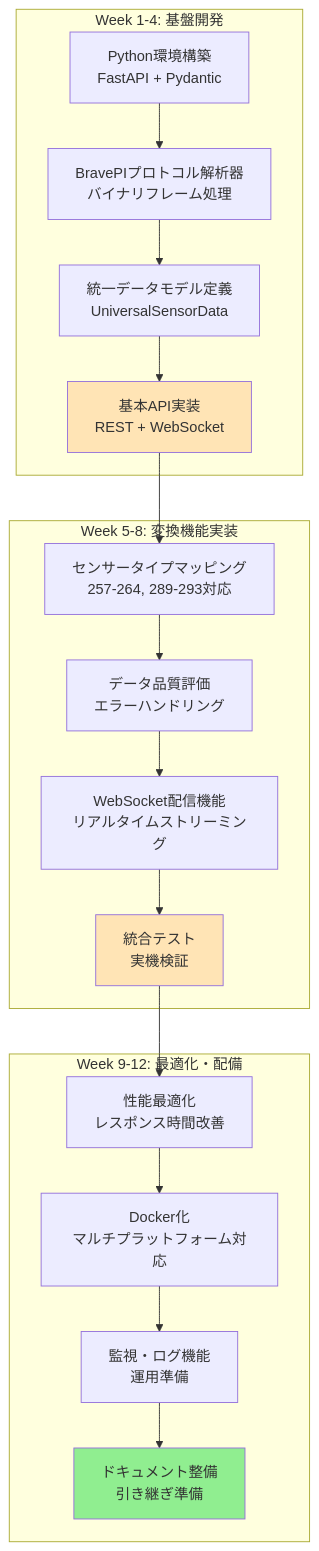
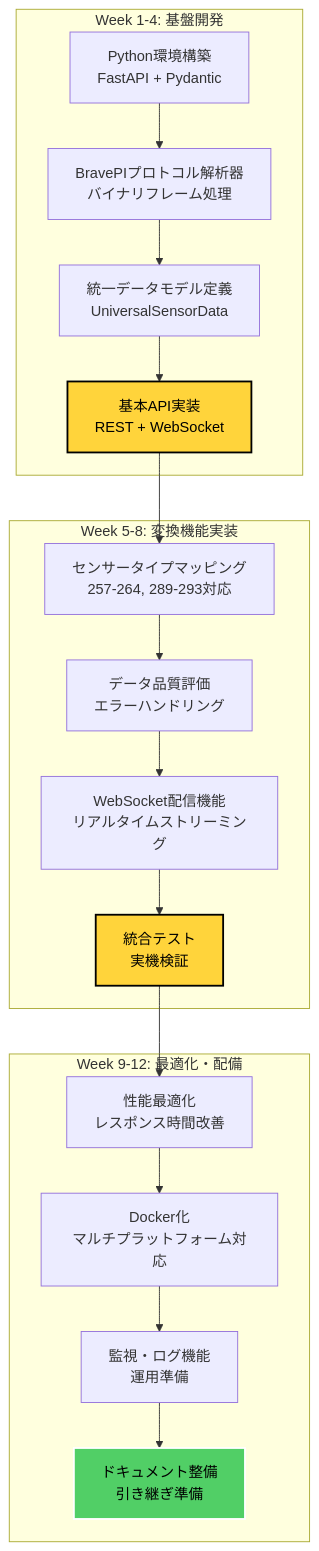
One commit to w-pinkietech/iot4-copy changed diagram 11 of 14 in docs/new-system/architecture/system-overview-diagrams.md. Above: the diagram before and after it, drawn with Mermaid. The commit also changed other lines of this file, not shown here.

First line of the commit message:
docs: Fix Mermaid syntax and improve dark mode colors in system diagrams

````diff
--- a/docs/new-system/architecture/system-overview-diagrams.md
+++ b/docs/new-system/architecture/system-overview-diagrams.md
@@ -388,31 +388,31 @@
 ```mermaid
 graph TB
     subgraph "Week 1-4: 基盤開発"
         W1[Python環境構築<br/>FastAPI + Pydantic]
         W2[BravePIプロトコル解析器<br/>バイナリフレーム処理]
         W3[統一データモデル定義<br/>UniversalSensorData]
         W4[基本API実装<br/>REST + WebSocket]
     end
     
     subgraph "Week 5-8: 変換機能実装"
         W5[センサータイプマッピング<br/>257-264, 289-293対応]
         W6[データ品質評価<br/>エラーハンドリング]
         W7[WebSocket配信機能<br/>リアルタイムストリーミング]
         W8[統合テスト<br/>実機検証]
     end
     
     subgraph "Week 9-12: 最適化・配備"
         W9[性能最適化<br/>レスポンス時間改善]
         W10[Docker化<br/>マルチプラットフォーム対応]
         W11[監視・ログ機能<br/>運用準備]
         W12[ドキュメント整備<br/>引き継ぎ準備]
     end
     
     W1 --> W2 --> W3 --> W4
     W4 --> W5 --> W6 --> W7 --> W8
     W8 --> W9 --> W10 --> W11 --> W12
     
-    style W4 fill:#FFE4B5
-    style W8 fill:#FFE4B5
-    style W12 fill:#90EE90
+    style W4 fill:#ffd43b,stroke:#000,stroke-width:2px,color:#000
+    style W8 fill:#ffd43b,stroke:#000,stroke-width:2px,color:#000
+    style W12 fill:#51cf66,stroke:#fff,stroke-width:2px,color:#000
 ```
````
